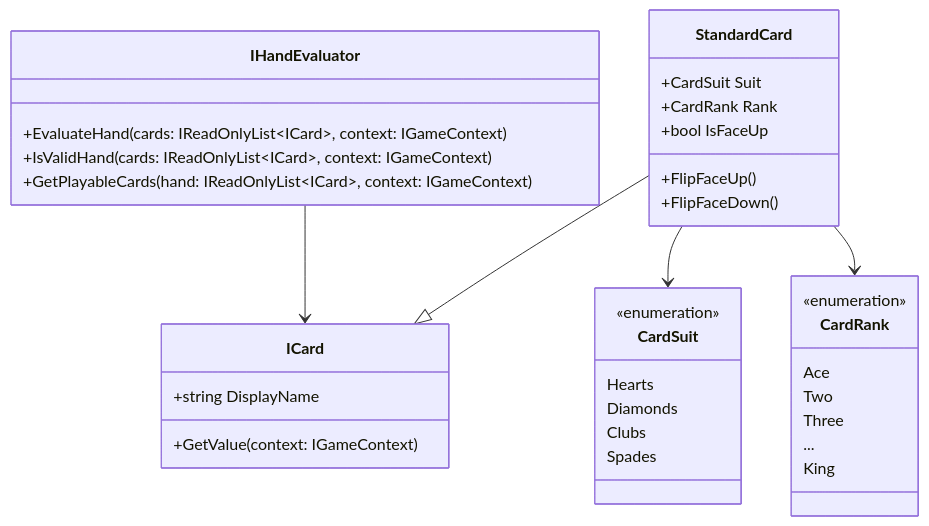
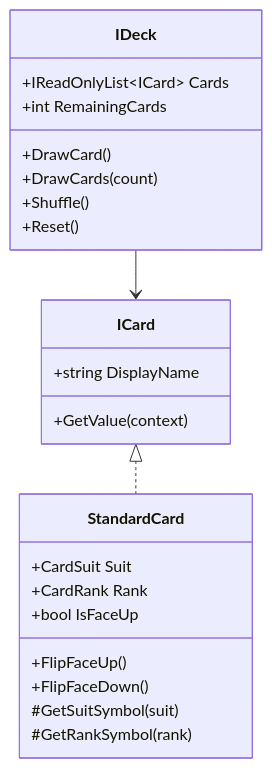
The second of 4 diagrams in README.md (maysamgamini/bellotalabs-interview), drawn with Mermaid before and after one commit. The commit also changed other lines of this file, not shown here.

````diff
--- a/README.md
+++ b/README.md
@@ -438,43 +93,29 @@
 ```mermaid
 classDiagram
     class ICard {
         +string DisplayName
-        +GetValue(context: IGameContext)
+        +GetValue(context)
     }
 
     class StandardCard {
         +CardSuit Suit
         +CardRank Rank
         +bool IsFaceUp
         +FlipFaceUp()
         +FlipFaceDown()
+        #GetSuitSymbol(suit)
+        #GetRankSymbol(rank)
     }
 
-    class CardSuit {
-        <<enumeration>>
-        Hearts
-        Diamonds
-        Clubs
-        Spades
+    class IDeck {
+        +IReadOnlyList~ICard~ Cards
+        +int RemainingCards
+        +DrawCard()
+        +DrawCards(count)
+        +Shuffle()
+        +Reset()
     }
 
-    class CardRank {
-        <<enumeration>>
-        Ace
-        Two
-        Three
-        ...
-        King
-    }
-
-    class IHandEvaluator {
-        +EvaluateHand(cards: IReadOnlyList~ICard~, context: IGameContext)
-        +IsValidHand(cards: IReadOnlyList~ICard~, context: IGameContext)
-        +GetPlayableCards(hand: IReadOnlyList~ICard~, context: IGameContext)
-    }
-
-    StandardCard --|> ICard
-    StandardCard --> CardSuit
-    StandardCard --> CardRank
-    IHandEvaluator --> ICard
+    ICard <|.. StandardCard
+    IDeck --> ICard
 ```
````
